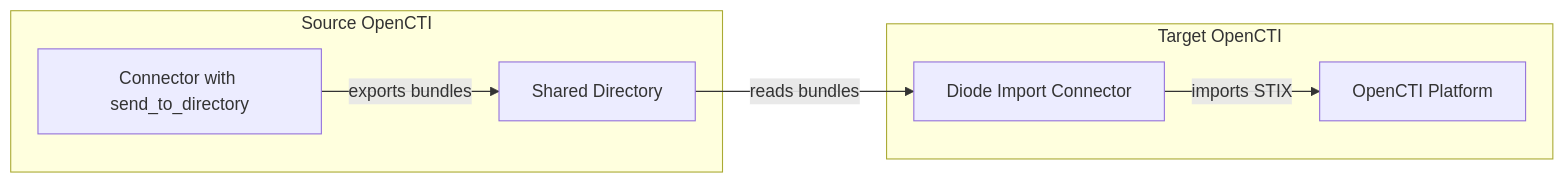
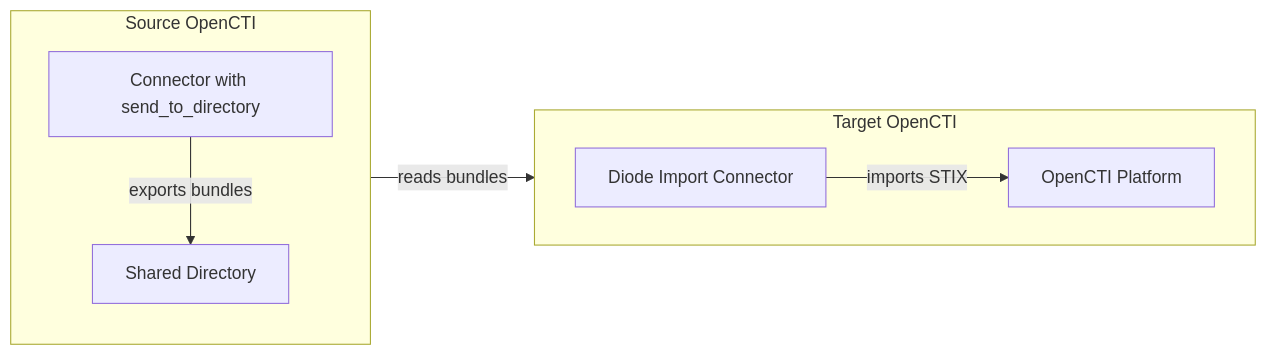
Before and after one commit to OpenCTI-Platform/connectors: the diagram in external-import/diode-import/README.md, drawn with Mermaid. The commit also changed other lines of this file and 30 other files, not shown here.

````diff
--- a/external-import/diode-import/README.md
+++ b/external-import/diode-import/README.md
@@ -139,17 +142,18 @@
 ```mermaid
 graph LR
     subgraph Source OpenCTI
+        direction TB
         SourceConnector[Connector with send_to_directory]
         Directory[Shared Directory]
     end
-    
-    SourceConnector -- exports bundles --> Directory
-    
+
     subgraph Target OpenCTI
+        direction LR
         DiodeImport[Diode Import Connector]
         Platform[OpenCTI Platform]
     end
-    
+
+    SourceConnector -- exports bundles --> Directory
     Directory -- reads bundles --> DiodeImport
     DiodeImport -- imports STIX --> Platform
 ```
````
